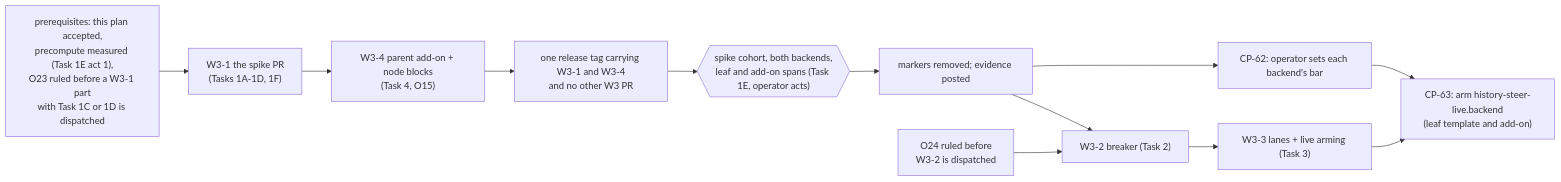
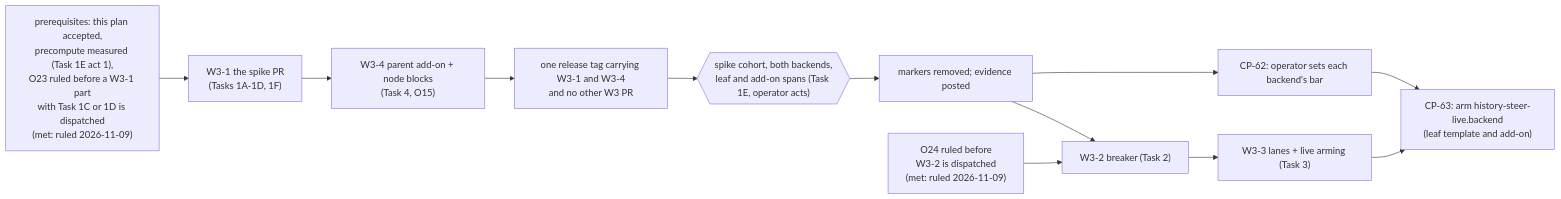
One commit to Synapsium-Labs/ccrc-pwa changed the diagram in docs/superpowers/plans/2026-10-29-ccrc-history-w3-steering.md. Above: the diagram before and after it, drawn with Mermaid. The commit also changed other lines of this file and 1 other file, not shown here.

First line of the commit message:
docs(history): fix round 11 on the W3 plan and the W4 addendum (review 1696)

````diff
--- a/docs/superpowers/plans/2026-10-29-ccrc-history-w3-steering.md
+++ b/docs/superpowers/plans/2026-10-29-ccrc-history-w3-steering.md
@@ -131,14 +131,14 @@
 ```mermaid
 flowchart LR
-  P["prerequisites: this plan accepted,<br/>precompute measured (Task 1E act 1),<br/>O23 ruled before a W3-1 part<br/>with Task 1C or 1D is dispatched"] --> T1["W3-1 the spike PR<br/>(Tasks 1A-1D, 1F)"]
+  P["prerequisites: this plan accepted,<br/>precompute measured (Task 1E act 1),<br/>O23 ruled before a W3-1 part<br/>with Task 1C or 1D is dispatched<br/>(met: ruled 2026-11-09)"] --> T1["W3-1 the spike PR<br/>(Tasks 1A-1D, 1F)"]
   T1 --> T4["W3-4 parent add-on + node blocks<br/>(Task 4, O15)"]
   T4 --> R1["one release tag carrying W3-1 and W3-4<br/>and no other W3 PR"]
   R1 --> C{{"spike cohort, both backends,<br/>leaf and add-on spans (Task 1E, operator acts)"}}
   C --> E["markers removed; evidence posted"]
   E --> B["CP-62: operator sets each backend's bar"]
   E --> T2["W3-2 breaker (Task 2)"]
-  Q24["O24 ruled before<br/>W3-2 is dispatched"] --> T2
+  Q24["O24 ruled before<br/>W3-2 is dispatched<br/>(met: ruled 2026-11-09)"] --> T2
   T2 --> T3["W3-3 lanes + live arming (Task 3)"]
   T3 --> A["CP-63: arm history-steer-live.backend<br/>(leaf template and add-on)"]
   B --> A
 ```
````
